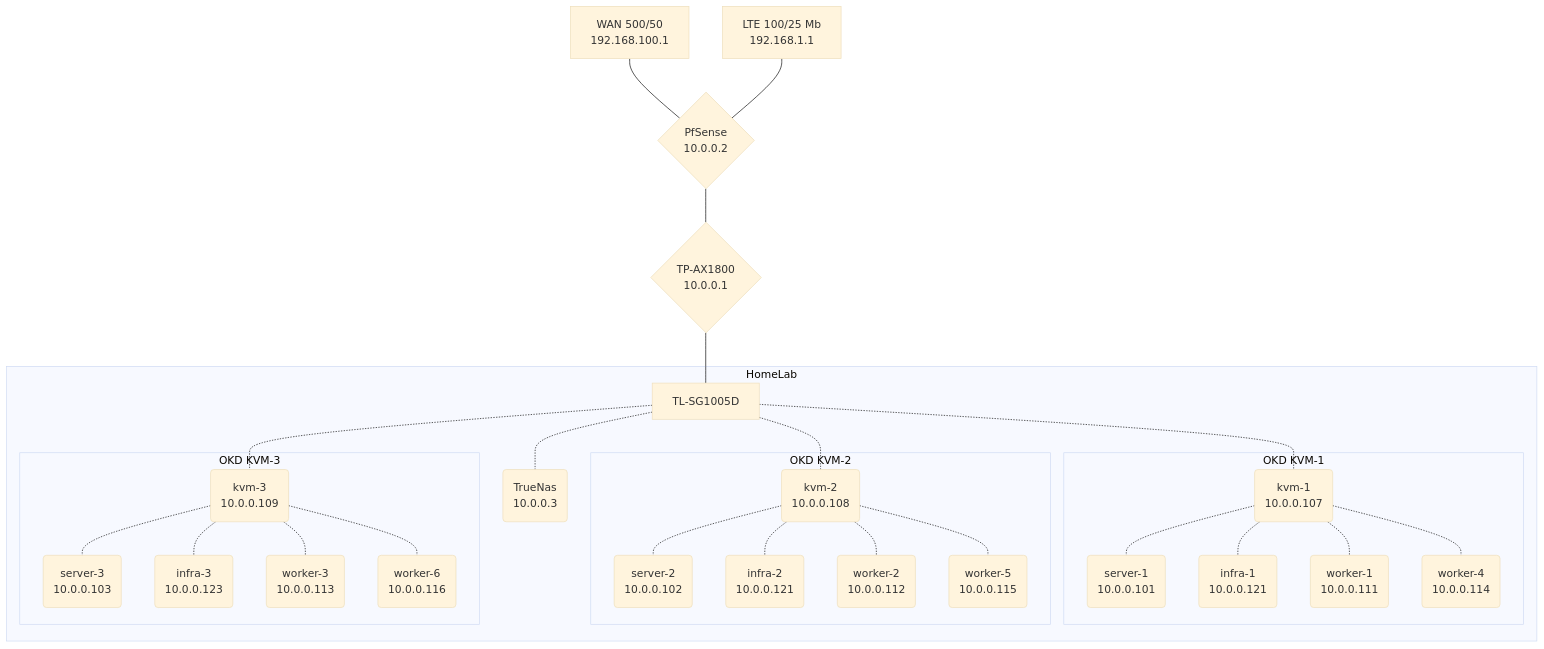
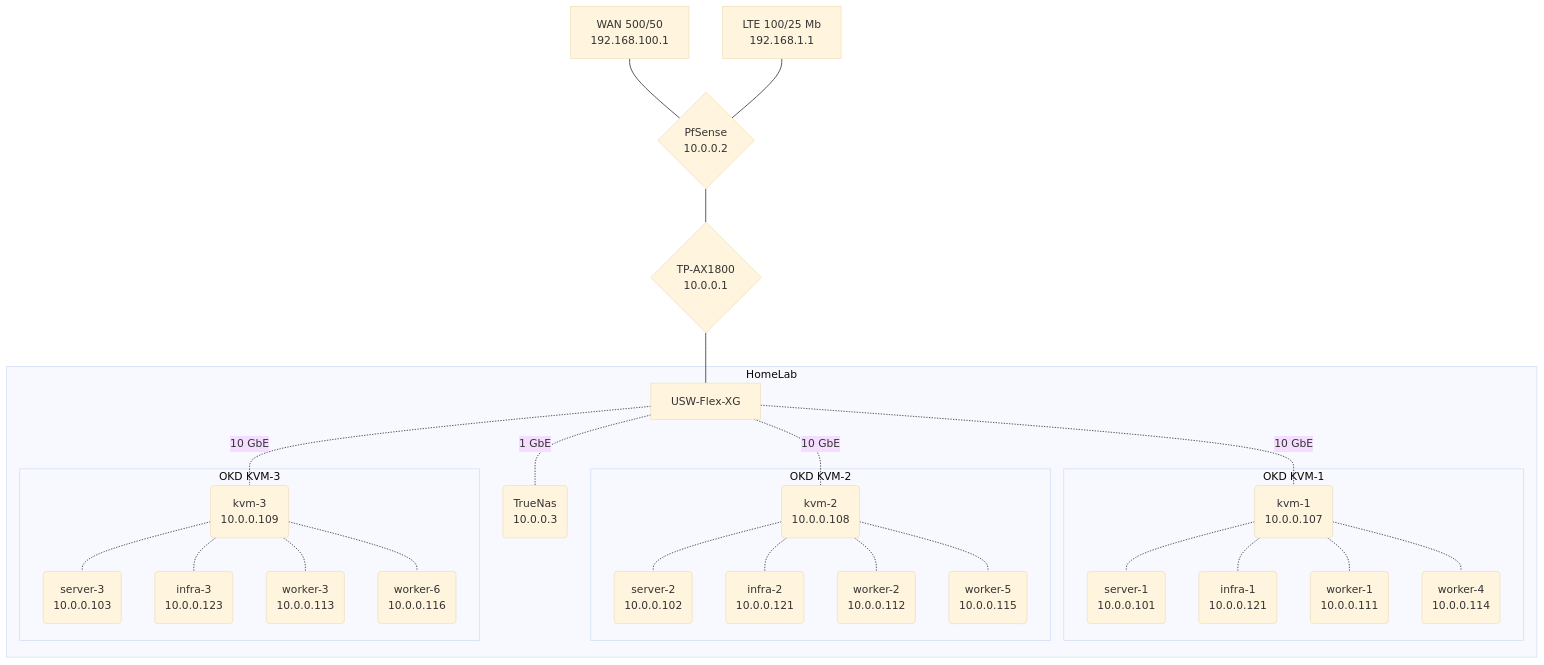
Before and after one commit to ArthurVardevanyan/HomeLab: the diagram in README.md, drawn with Mermaid (base theme). The commit also changed 30 other files, not shown here.

````diff
--- a/README.md
+++ b/README.md
@@ -98,35 +98,34 @@
 ```mermaid
 graph TD
  linkStyle default interpolate basis
 
 wan1[<center>WAN 500/50<br>192.168.100.1</center>]---router{<center>PfSense<br>10.0.0.2</center>}
 wan2[<center>LTE 100/25 Mb<br>192.168.1.1</center>]---router
 router---ap{<center>TP-AX1800<br>10.0.0.1</center>}
-ap---switch[<center>TL-SG1005D</center>]
+ap---switch[<center>USW-Flex-XG</center>]
 
 subgraph HomeLab
-    switch-.-truenas(<center>TrueNas<br>10.0.0.3</center>)
-    switch-.-kvm-1(<center>kvm-1<br>10.0.0.107</center>)
-    switch-.-kvm-2(<center>kvm-2<br>10.0.0.108</center>)
-    switch-.-kvm-3(<center>kvm-3<br>10.0.0.109</center>)
+    switch-.-|1 GbE|truenas(<center>TrueNas<br>10.0.0.3</center>)
+    switch-.-|10 GbE|kvm-1(<center>kvm-1<br>10.0.0.107</center>)
+    switch-.-|10 GbE|kvm-2(<center>kvm-2<br>10.0.0.108</center>)
+    switch-.-|10 GbE|kvm-3(<center>kvm-3<br>10.0.0.109</center>)
     subgraph OKD KVM-1
         kvm-1-.-server-1(<center>server-1<br>10.0.0.101</center>)
         kvm-1-.-infra-1(<center>infra-1<br>10.0.0.121</center>)
         kvm-1-.-worker-1(<center>worker-1<br>10.0.0.111</center>)
         kvm-1-.-worker-4(<center>worker-4<br>10.0.0.114</center>)
     end
-
     subgraph OKD KVM-2
         kvm-2-.-server-2(<center>server-2<br>10.0.0.102</center>)
         kvm-2-.-infra-2(<center>infra-2<br>10.0.0.121</center>)
         kvm-2-.-worker-2(<center>worker-2<br>10.0.0.112</center>)
         kvm-2-.-worker-5(<center>worker-5<br>10.0.0.115</center>)
     end
     subgraph OKD KVM-3
         kvm-3-.-server-3(<center>server-3<br>10.0.0.103</center>)
         kvm-3-.-infra-3(<center>infra-3<br>10.0.0.123</center>)
         kvm-3-.-worker-3(<center>worker-3<br>10.0.0.113</center>)
         kvm-3-.-worker-6(<center>worker-6<br>10.0.0.116</center>)
     end
 end
 ```
````
